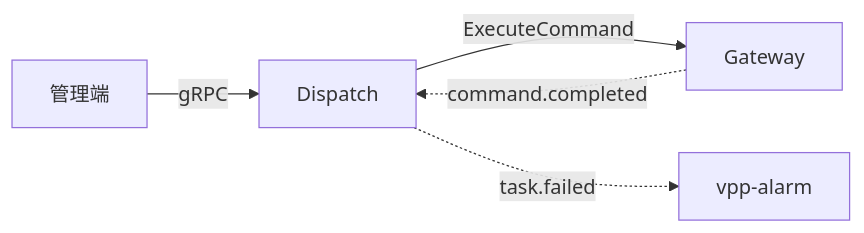
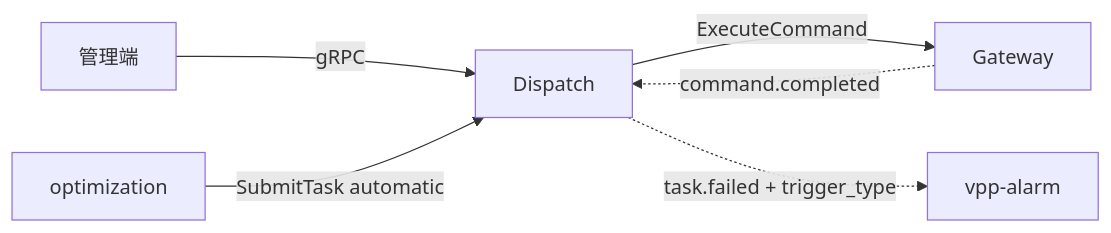
One commit to mushroomyuan/vpp-backend changed the second of 2 diagrams in internal/dispatch/OVERVIEW.md. Above: the diagram before and after it, drawn with Mermaid. The commit also changed other lines of this file and 83 other files, not shown here.

````diff
--- a/internal/dispatch/OVERVIEW.md
+++ b/internal/dispatch/OVERVIEW.md
@@ -109,7 +111,8 @@
 ```mermaid
 flowchart LR
     Admin[管理端] -->|gRPC| Dis[Dispatch]
+    Opt[optimization] -->|SubmitTask automatic| Dis
     Dis -->|ExecuteCommand| GW[Gateway]
     GW -.->|command.completed| Dis
-    Dis -.->|task.failed| Alarm[vpp-alarm]
+    Dis -.->|task.failed + trigger_type| Alarm[vpp-alarm]
 ```
````
